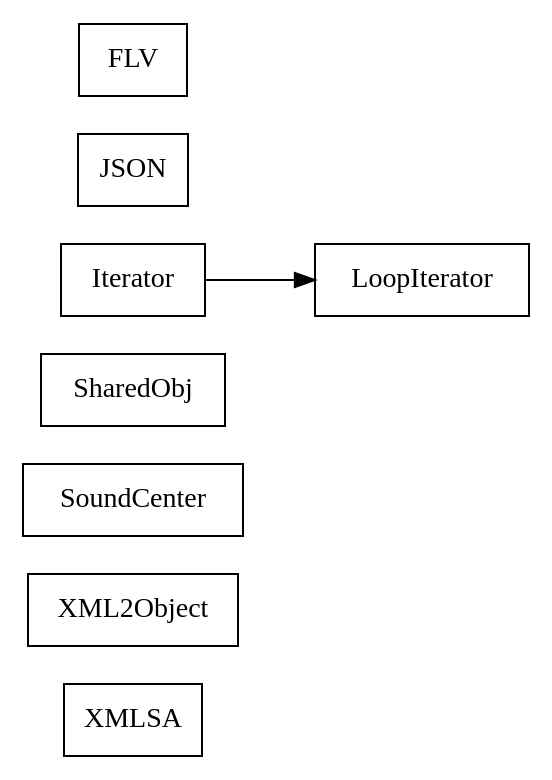
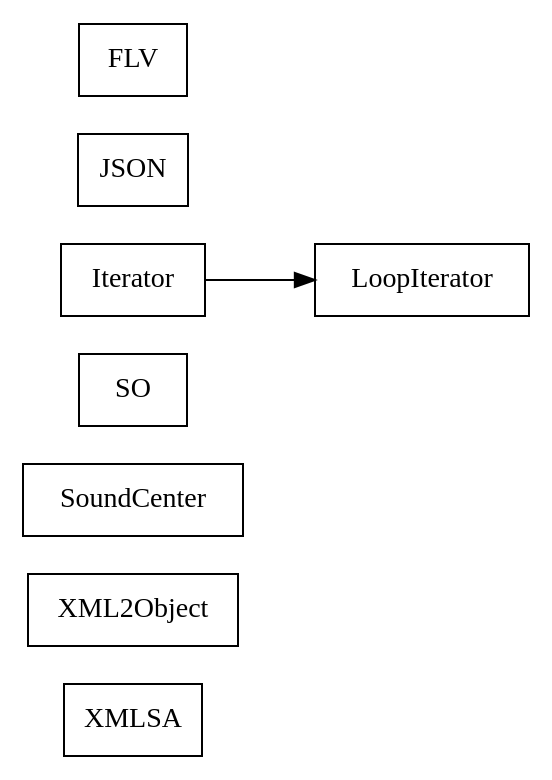
Before and after one commit to sekati/sasapi: the diagram in docs/com/sekati/data/classes.dot, drawn with Graphviz. The commit also changed 47 other files, not shown here.

```diff
--- a/docs/com/sekati/data/classes.dot
+++ b/docs/com/sekati/data/classes.dot
@@ -1,52 +1,52 @@
 strict digraph class_diagram {
   rankdir=LR;
   TypeXMLSA[
     label="XMLSA",
     URL="XMLSA.html",
     tooltip="com.sekati.data.XMLSA",
     shape="record"
   ];
   TypeXML2Object[
     label="XML2Object",
     URL="XML2Object.html",
     tooltip="com.sekati.data.XML2Object",
     shape="record"
   ];
   TypeSoundCenter[
     label="SoundCenter",
     URL="SoundCenter.html",
     tooltip="com.sekati.data.SoundCenter",
     shape="record"
   ];
-  TypeSharedObj[
-    label="SharedObj",
-    URL="SharedObj.html",
-    tooltip="com.sekati.data.SharedObj",
+  TypeSO[
+    label="SO",
+    URL="SO.html",
+    tooltip="com.sekati.data.SO",
     shape="record"
   ];
   TypeLoopIterator[
     label="LoopIterator",
     URL="LoopIterator.html",
     tooltip="com.sekati.data.LoopIterator",
     shape="record"
   ];
   TypeJSON[
     label="JSON",
     URL="JSON.html",
     tooltip="com.sekati.data.JSON",
     shape="record"
   ];
   TypeIterator[
     label="Iterator",
     URL="Iterator.html",
     tooltip="com.sekati.data.Iterator",
     shape="record"
   ];
   TypeFLV[
     label="FLV",
     URL="FLV.html",
     tooltip="com.sekati.data.FLV",
     shape="record"
   ];
   TypeIterator -> TypeLoopIterator;
 }
```
